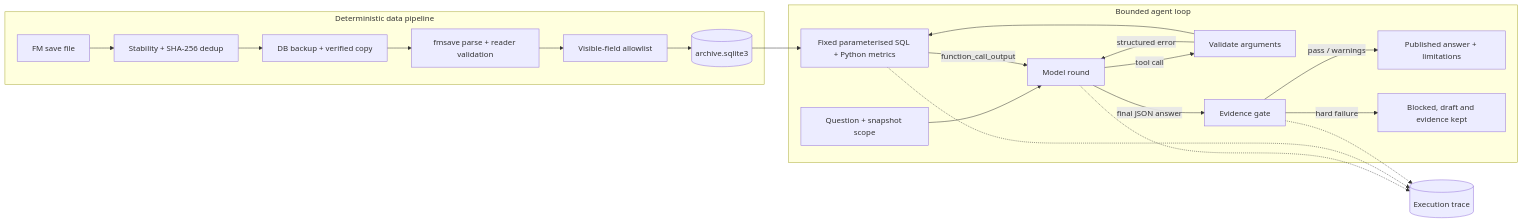
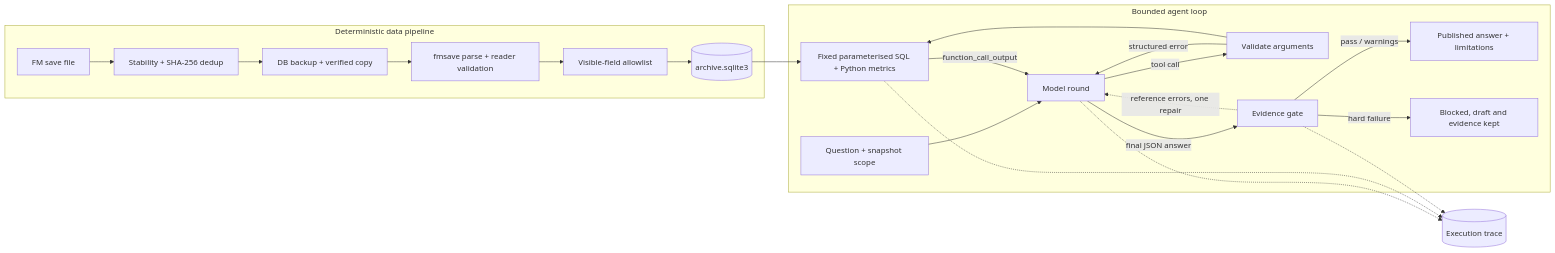
The first of 3 diagrams in README.md (SpaceCowboy0707/fm_archive), drawn with Mermaid before and after one commit. The commit also changed other lines of this file and 14 other files, not shown here.

````diff
--- a/README.md
+++ b/README.md
@@ -19,24 +19,25 @@
 ```mermaid
 flowchart LR
     subgraph Pipeline[Deterministic data pipeline]
         S[FM save file] --> H[Stability + SHA-256 dedup]
         H --> B[DB backup + verified copy]
         B --> P[fmsave parse + reader validation]
         P --> A[Visible-field allowlist]
         A --> DB[(archive.sqlite3)]
     end
     subgraph Agent[Bounded agent loop]
         Q[Question + snapshot scope] --> M[Model round]
         M -->|tool call| V[Validate arguments]
         V -->|structured error| M
         V --> T[Fixed parameterised SQL + Python metrics]
         T -->|function_call_output| M
         M -->|final JSON answer| G[Evidence gate]
+        G -.->|reference errors, one repair| M
         G -->|pass / warnings| R[Published answer + limitations]
         G -->|hard failure| F[Blocked, draft and evidence kept]
     end
     DB --> T
     M -.-> L[(Execution trace)]
     T -.-> L
     G -.-> L
 ```
````
